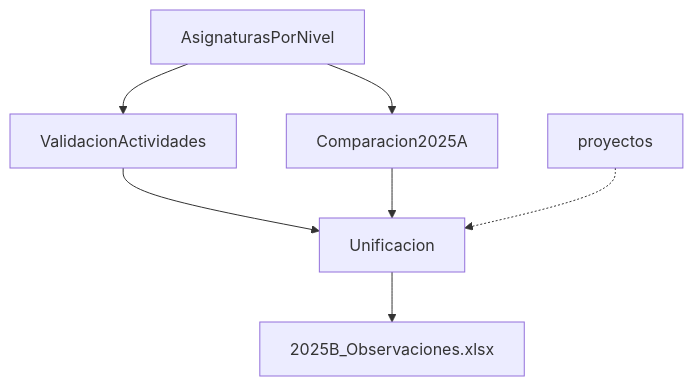
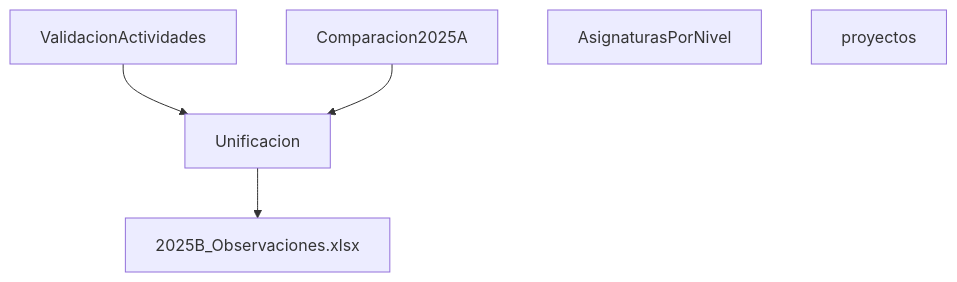
Before and after one commit to DilanAndrade007/Automatizacion-Procesos-Vicerrectorado: the diagram in README.md, drawn with Mermaid. The commit also changed other lines of this file, not shown here.

````diff
--- a/README.md
+++ b/README.md
@@ -234,9 +234,8 @@
 ```mermaid
 graph TD
-    A[AsignaturasPorNivel] --> B[ValidacionActividades]
-    A --> C[Comparacion2025A]
-    B --> D[Unificacion]
-    C --> D
-    E[proyectos] -.-> D
+    B[ValidacionActividades] --> D[Unificacion]
+    C[Comparacion2025A] --> D
     D --> F[2025B_Observaciones.xlsx]
+    A[AsignaturasPorNivel]
+    E[proyectos]
 ```
````
